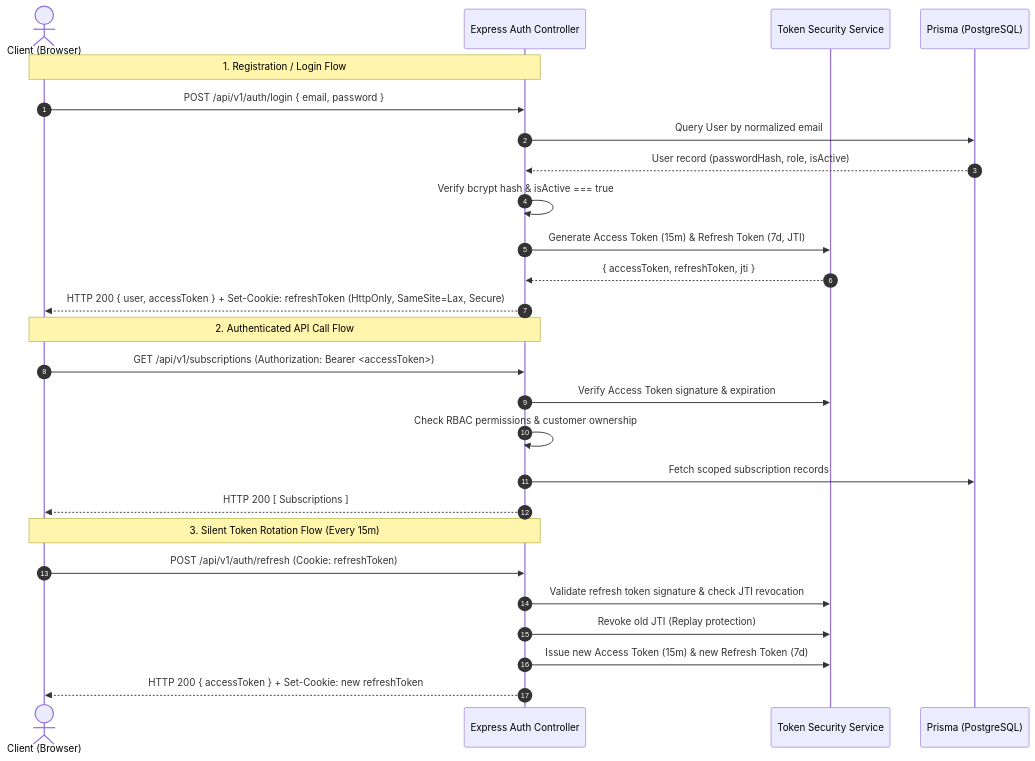
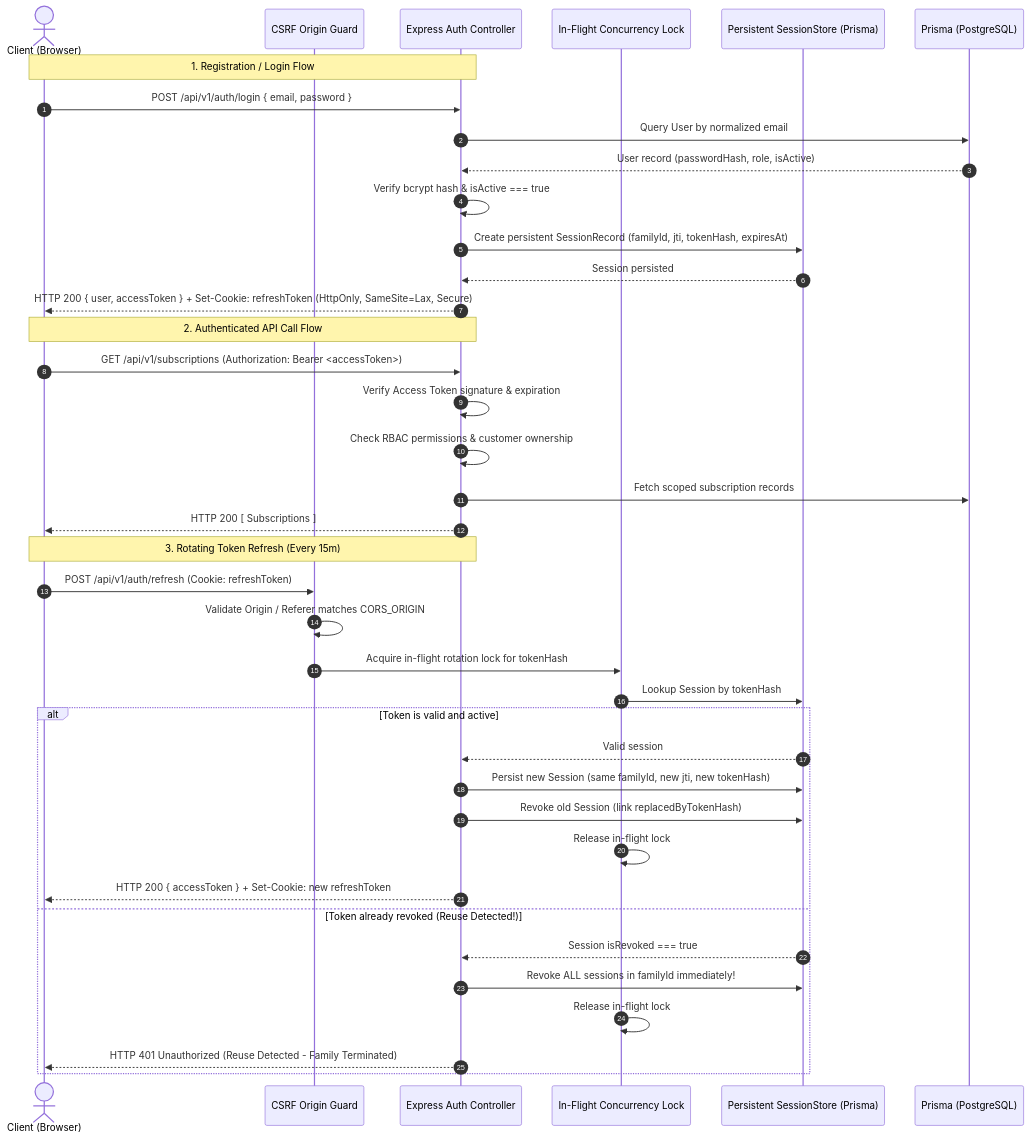
One commit to sahil0745/Odoo-x-FLUX-Lucknow-Hackathon-26 changed the diagram in AUTHENTICATION_ARCHITECTURE.md. Above: the diagram before and after it, drawn with Mermaid. The commit also changed other lines of this file and 18 other files, not shown here.

Commit message:
feat(auth-audit): complete authentication security hardening and persistent session storage

````diff
--- a/AUTHENTICATION_ARCHITECTURE.md
+++ b/AUTHENTICATION_ARCHITECTURE.md
@@ -18,31 +22,44 @@
 ```mermaid
 sequenceDiagram
     autonumber
     actor User as Client (Browser)
+    participant CSRF as CSRF Origin Guard
     participant AuthAPI as Express Auth Controller
-    participant JWT as Token Security Service
+    participant Lock as In-Flight Concurrency Lock
+    participant Store as Persistent SessionStore (Prisma)
     participant DB as Prisma (PostgreSQL)
 
     Note over User,AuthAPI: 1. Registration / Login Flow
     User->>AuthAPI: POST /api/v1/auth/login { email, password }
     AuthAPI->>DB: Query User by normalized email
     DB-->>AuthAPI: User record (passwordHash, role, isActive)
     AuthAPI->>AuthAPI: Verify bcrypt hash & isActive === true
-    AuthAPI->>JWT: Generate Access Token (15m) & Refresh Token (7d, JTI)
-    JWT-->>AuthAPI: { accessToken, refreshToken, jti }
+    AuthAPI->>Store: Create persistent SessionRecord (familyId, jti, tokenHash, expiresAt)
+    Store-->>AuthAPI: Session persisted
     AuthAPI-->>User: HTTP 200 { user, accessToken } + Set-Cookie: refreshToken (HttpOnly, SameSite=Lax, Secure)
 
     Note over User,AuthAPI: 2. Authenticated API Call Flow
     User->>AuthAPI: GET /api/v1/subscriptions (Authorization: Bearer <accessToken>)
-    AuthAPI->>JWT: Verify Access Token signature & expiration
+    AuthAPI->>AuthAPI: Verify Access Token signature & expiration
     AuthAPI->>AuthAPI: Check RBAC permissions & customer ownership
     AuthAPI->>DB: Fetch scoped subscription records
     AuthAPI-->>User: HTTP 200 [ Subscriptions ]
 
-    Note over User,AuthAPI: 3. Silent Token Rotation Flow (Every 15m)
-    User->>AuthAPI: POST /api/v1/auth/refresh (Cookie: refreshToken)
-    AuthAPI->>JWT: Validate refresh token signature & check JTI revocation
-    AuthAPI->>JWT: Revoke old JTI (Replay protection)
-    AuthAPI->>JWT: Issue new Access Token (15m) & new Refresh Token (7d)
-    AuthAPI-->>User: HTTP 200 { accessToken } + Set-Cookie: new refreshToken
+    Note over User,AuthAPI: 3. Rotating Token Refresh (Every 15m)
+    User->>CSRF: POST /api/v1/auth/refresh (Cookie: refreshToken)
+    CSRF->>CSRF: Validate Origin / Referer matches CORS_ORIGIN
+    CSRF->>Lock: Acquire in-flight rotation lock for tokenHash
+    Lock->>Store: Lookup Session by tokenHash
+    alt Token is valid and active
+        Store-->>AuthAPI: Valid session
+        AuthAPI->>Store: Persist new Session (same familyId, new jti, new tokenHash)
+        AuthAPI->>Store: Revoke old Session (link replacedByTokenHash)
+        Lock->>Lock: Release in-flight lock
+        AuthAPI-->>User: HTTP 200 { accessToken } + Set-Cookie: new refreshToken
+    else Token already revoked (Reuse Detected!)
+        Store-->>AuthAPI: Session isRevoked === true
+        AuthAPI->>Store: Revoke ALL sessions in familyId immediately!
+        Lock->>Lock: Release in-flight lock
+        AuthAPI-->>User: HTTP 401 Unauthorized (Reuse Detected - Family Terminated)
+    end
 ```
````
